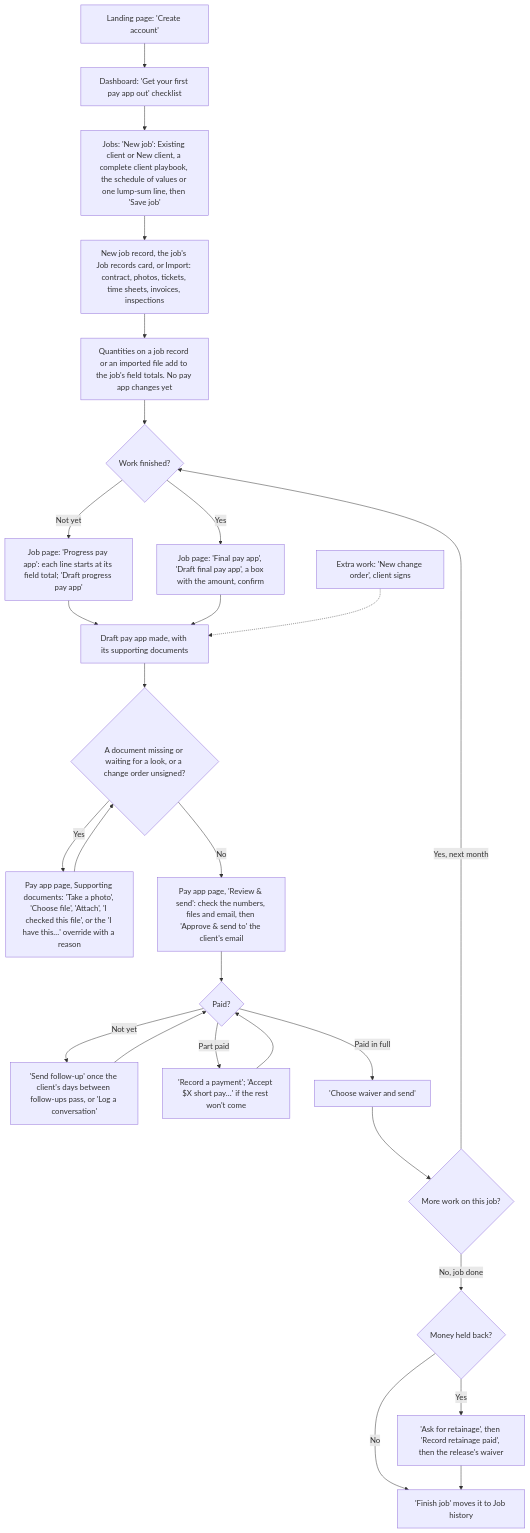
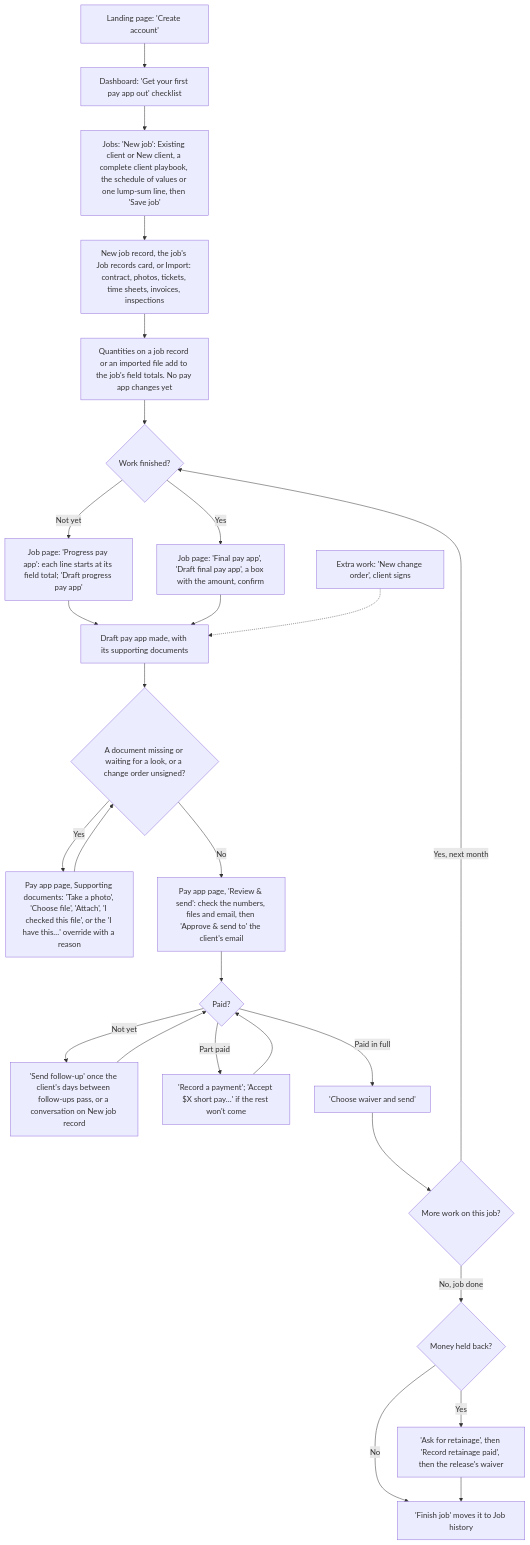
Before and after one commit to cartwrightstephen/billdable: the first of 18 diagrams in docs/client-flows.md, drawn with Mermaid. The commit also changed other lines of this file and 4 other files, not shown here.

````diff
--- a/docs/client-flows.md
+++ b/docs/client-flows.md
@@ -33,29 +34,29 @@
 ```mermaid
 flowchart TD
     A["Landing page: 'Create account'"] --> B["Dashboard: 'Get your first pay app out' checklist"]
     B --> C["Jobs: 'New job': Existing client or New client, a complete client playbook, the schedule of values or one lump-sum line, then 'Save job'"]
     C --> F["New job record, the job's Job records card, or Import: contract, photos, tickets, time sheets, invoices, inspections"]
     F --> F2["Quantities on a job record or an imported file add to the job's field totals. No pay app changes yet"]
     F2 --> G{"Work finished?"}
     G -->|"Not yet"| H["Job page: 'Progress pay app': each line starts at its field total; 'Draft progress pay app'"]
     G -->|"Yes"| I["Job page: 'Final pay app', 'Draft final pay app', a box with the amount, confirm"]
     H --> J["Draft pay app made, with its supporting documents"]
     I --> J
     CO["Extra work: 'New change order', client signs"] -.-> J
     J --> K{"A document missing or waiting for a look, or a change order unsigned?"}
     K -->|"Yes"| L["Pay app page, Supporting documents: 'Take a photo', 'Choose file', 'Attach', 'I checked this file', or the 'I have this…' override with a reason"]
     L --> K
     K -->|"No"| M["Pay app page, 'Review & send': check the numbers, files and email, then 'Approve & send to' the client's email"]
     M --> N{"Paid?"}
-    N -->|"Not yet"| O["'Send follow-up' once the client's days between follow-ups pass, or 'Log a conversation'"]
+    N -->|"Not yet"| O["'Send follow-up' once the client's days between follow-ups pass, or a conversation on New job record"]
     O --> N
     N -->|"Part paid"| P["'Record a payment'; 'Accept $X short pay…' if the rest won't come"]
     P --> N
     N -->|"Paid in full"| Q["'Choose waiver and send'"]
     Q --> R{"More work on this job?"}
     R -->|"Yes, next month"| G
     R -->|"No, job done"| S{"Money held back?"}
     S -->|"Yes"| T["'Ask for retainage', then 'Record retainage paid', then the release's waiver"]
     S -->|"No"| U
     T --> U["'Finish job' moves it to Job history"]
 ```
````
